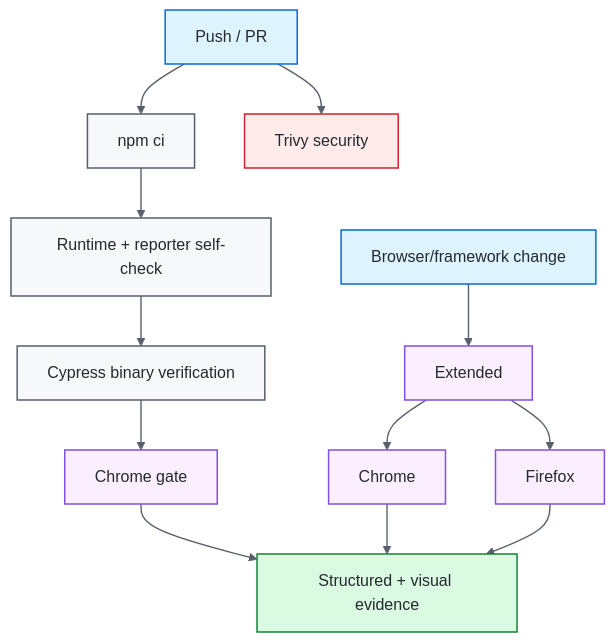
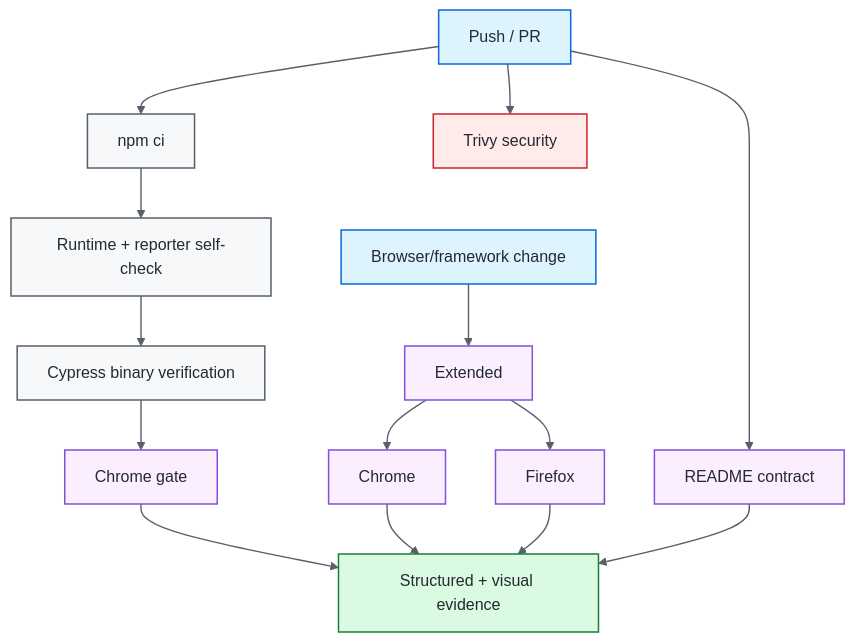
One commit to portyu9/qa-automation-ui-cypress changed the third of 3 diagrams in README.md. Above: the diagram before and after it, drawn with Mermaid. The commit also changed other lines of this file and 2 other files, not shown here.

````diff
--- a/README.md
+++ b/README.md
@@ -312,26 +331,28 @@
 ```mermaid
 flowchart TD
     PR[Push / PR] --> INSTALL[npm ci]
     INSTALL --> CFG[Runtime + reporter self-check]
     CFG --> VERIFY[Cypress binary verification]
     VERIFY --> CH[Chrome gate]
     PR --> SEC[Trivy security]
+    PR --> DOCS[README contract]
     BCHANGE[Browser/framework change] --> EXT[Extended]
     EXT --> C[Chrome]
     EXT --> F[Firefox]
     CH --> ART[Structured + visual evidence]
     C --> ART
     F --> ART
+    DOCS --> ART
 
     classDef entry fill:#ddf4ff,stroke:#0969da,color:#24292f,stroke-width:1.5px;
     classDef core fill:#f6f8fa,stroke:#57606a,color:#24292f,stroke-width:1.5px;
     classDef gate fill:#fbefff,stroke:#8250df,color:#24292f,stroke-width:1.5px;
     classDef evidence fill:#dafbe1,stroke:#1a7f37,color:#24292f,stroke-width:1.5px;
     classDef security fill:#ffebe9,stroke:#cf222e,color:#24292f,stroke-width:1.5px;
     class PR,BCHANGE entry;
     class INSTALL,CFG,VERIFY core;
-    class CH,EXT,C,F gate;
+    class CH,EXT,C,F,DOCS gate;
     class SEC security;
     class ART evidence;
     linkStyle default stroke:#57606a,stroke-width:1.4px;
 ```
````
